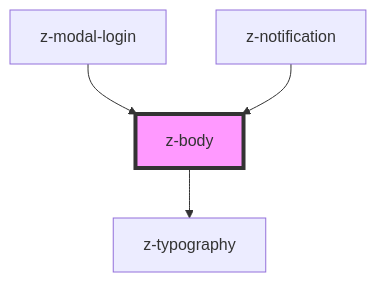
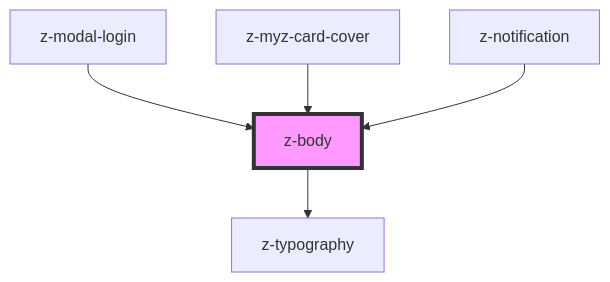
One commit to ZanichelliEditore/design-system changed the diagram in src/components/typography/z-body/readme.md. Above: the diagram before and after it, drawn with Mermaid. The commit also changed other lines of this file and 5 other files, not shown here.

````diff
--- a/src/components/typography/z-body/readme.md
+++ b/src/components/typography/z-body/readme.md
@@ -27,7 +28,8 @@
 ```mermaid
 graph TD;
   z-body --> z-typography
   z-modal-login --> z-body
+  z-myz-card-cover --> z-body
   z-notification --> z-body
   style z-body fill:#f9f,stroke:#333,stroke-width:4px
 ```
````
